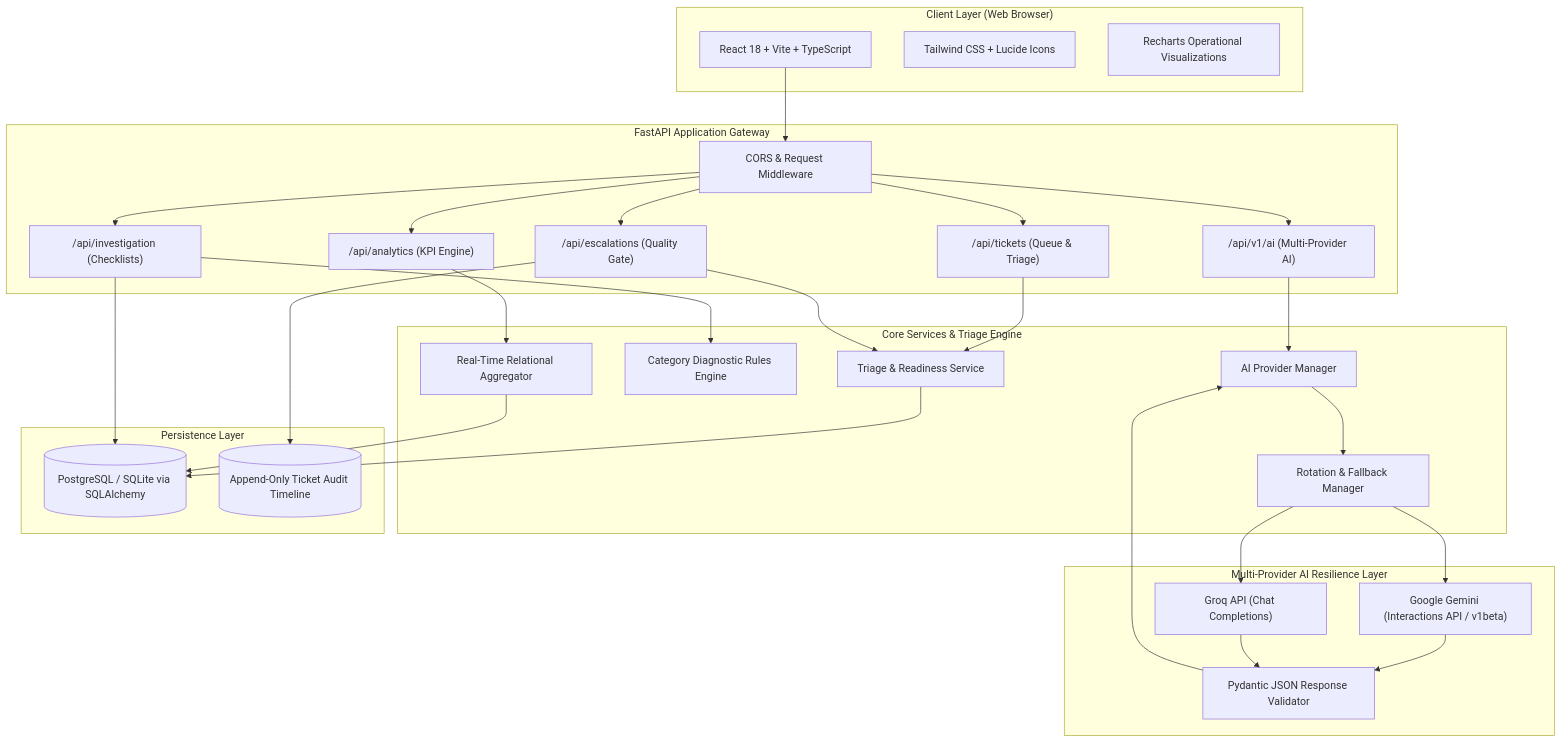
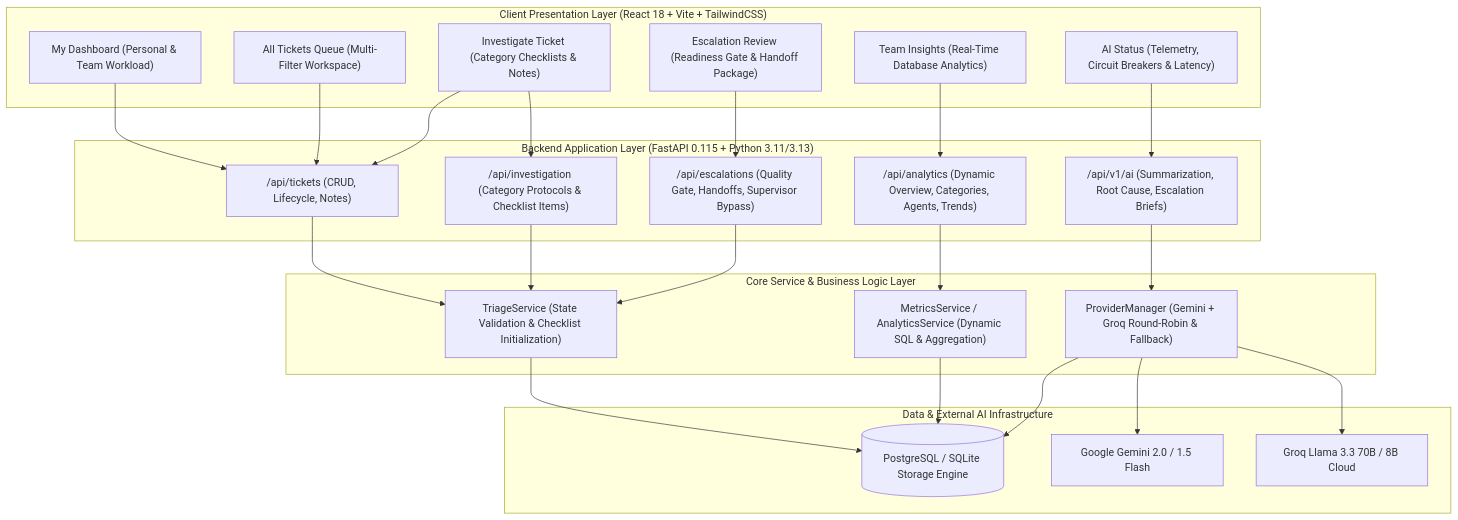
One commit to nitin-code6/SupportDesk changed the first of 5 diagrams in docs/architecture.md. Above: the diagram before and after it, drawn with Mermaid. The commit also changed other lines of this file and 22 other files, not shown here.

````diff
--- a/docs/architecture.md
+++ b/docs/architecture.md
@@ -9,49 +9,51 @@
 ```mermaid
 flowchart TB
-    subgraph ClientLayer ["Client Layer (Web Browser)"]
-        UI["React 18 + Vite + TypeScript"]
-        Tailwind["Tailwind CSS + Lucide Icons"]
-        Charts["Recharts Operational Visualizations"]
+    subgraph ClientLayer ["Client Presentation Layer (React 18 + Vite + TailwindCSS)"]
+        Dashboard["My Dashboard (Personal & Team Workload)"]
+        Queue["All Tickets Queue (Multi-Filter Workspace)"]
+        Workbench["Investigate Ticket (Category Checklists & Notes)"]
+        QualityGate["Escalation Review (Readiness Gate & Handoff Package)"]
+        Intelligence["Team Insights (Real-Time Database Analytics)"]
+        AIHealth["AI Status (Telemetry, Circuit Breakers & Latency)"]
     end
 
-    subgraph APILayer ["FastAPI Application Gateway"]
-        AuthMiddle["CORS & Request Middleware"]
-        RouterTickets["/api/tickets (Queue & Triage)"]
-        RouterWorkbench["/api/investigation (Checklists)"]
-        RouterGate["/api/escalations (Quality Gate)"]
-        RouterAnalytics["/api/analytics (KPI Engine)"]
-        RouterAI["/api/v1/ai (Multi-Provider AI)"]
+    subgraph APILayer ["Backend Application Layer (FastAPI 0.115 + Python 3.11/3.13)"]
+        RouterTickets["/api/tickets (CRUD, Lifecycle, Notes)"]
+        RouterInvestigate["/api/investigation (Category Protocols & Checklist Items)"]
+        RouterEscalate["/api/escalations (Quality Gate, Handoffs, Supervisor Bypass)"]
+        RouterAnalytics["/api/analytics (Dynamic Overview, Categories, Agents, Trends)"]
+        RouterAI["/api/v1/ai (Summarization, Root Cause, Escalation Briefs)"]
     end
 
-    subgraph BusinessLogic ["Core Services & Triage Engine"]
-        TriageService["Triage & Readiness Service"]
-        DiagRules["Category Diagnostic Rules Engine"]
-        AnalyticsService["Real-Time Relational Aggregator"]
-        AIManager["AI Provider Manager"]
-        AIRotator["Rotation & Fallback Manager"]
+    subgraph ServiceLayer ["Core Service & Business Logic Layer"]
+        MetricsSvc["MetricsService / AnalyticsService (Dynamic SQL & Aggregation)"]
+        TriageSvc["TriageService (State Validation & Checklist Initialization)"]
+        AISvc["ProviderManager (Gemini + Groq Round-Robin & Fallback)"]
     end
 
-    subgraph AIServices ["Multi-Provider AI Resilience Layer"]
-        Gemini["Google Gemini (Interactions API / v1beta)"]
-        Groq["Groq API (Chat Completions)"]
-        Validator["Pydantic JSON Response Validator"]
+    subgraph DataLayer ["Data & External AI Infrastructure"]
+        DB[(PostgreSQL / SQLite Storage Engine)]
+        GeminiAPI["Google Gemini 2.0 / 1.5 Flash"]
+        GroqAPI["Groq Llama 3.3 70B / 8B Cloud"]
     end
 
-    subgraph StorageLayer ["Persistence Layer"]
-        DB[(PostgreSQL / SQLite via SQLAlchemy)]
-        AuditLog[(Append-Only Ticket Audit Timeline)]
-    end
+    Dashboard --> RouterTickets
+    Queue --> RouterTickets
+    Workbench --> RouterInvestigate
+    Workbench --> RouterTickets
+    QualityGate --> RouterEscalate
+    Intelligence --> RouterAnalytics
+    AIHealth --> RouterAI
 
-    UI --> AuthMiddle
-    AuthMiddle --> RouterTickets & RouterWorkbench & RouterGate & RouterAnalytics & RouterAI
+    RouterTickets --> TriageSvc
+    RouterInvestigate --> TriageSvc
+    RouterEscalate --> TriageSvc
+    RouterAnalytics --> MetricsSvc
+    RouterAI --> AISvc
 
-    RouterTickets --> TriageService --> DB
-    RouterWorkbench --> DiagRules & DB
-    RouterGate --> TriageService & AuditLog
-    RouterAnalytics --> AnalyticsService --> DB
-    RouterAI --> AIManager
-
-    AIManager --> AIRotator
-    AIRotator --> Gemini & Groq
-    Gemini & Groq --> Validator --> AIManager
+    TriageSvc --> DB
+    MetricsSvc --> DB
+    AISvc --> GeminiAPI
+    AISvc --> GroqAPI
+    AISvc --> DB
 ```
````
